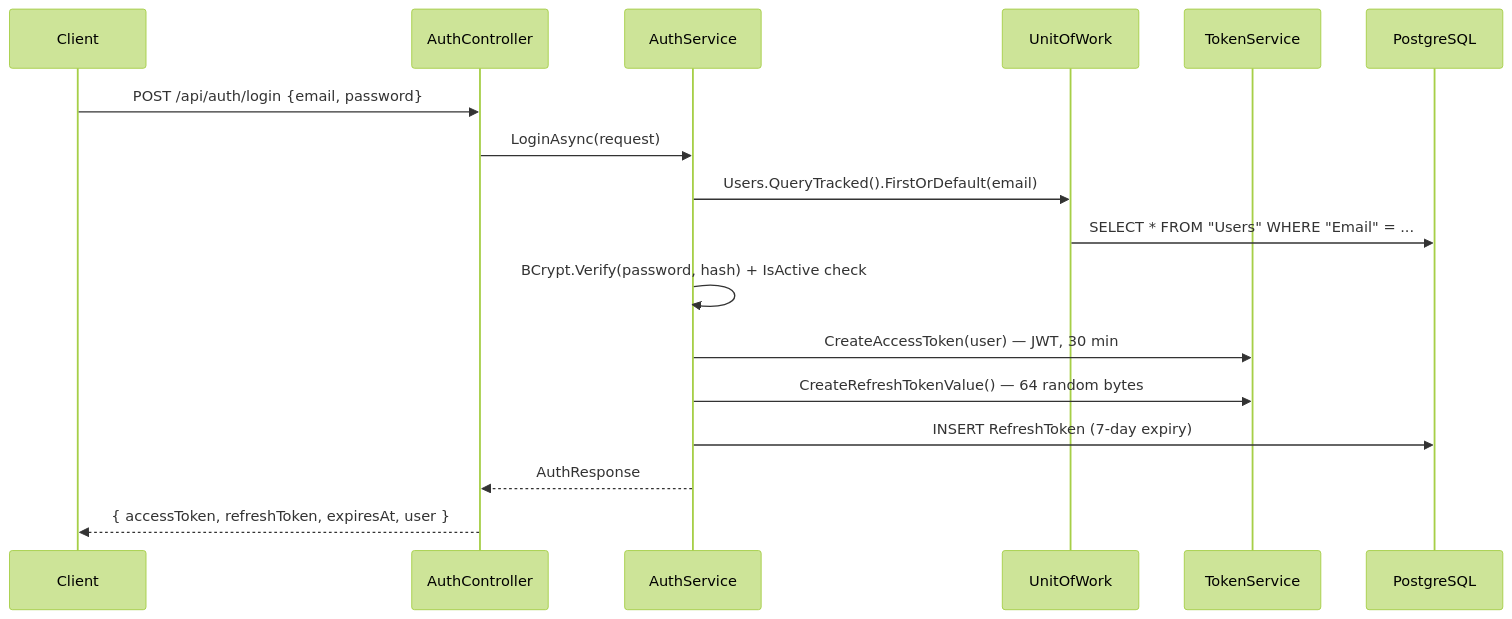
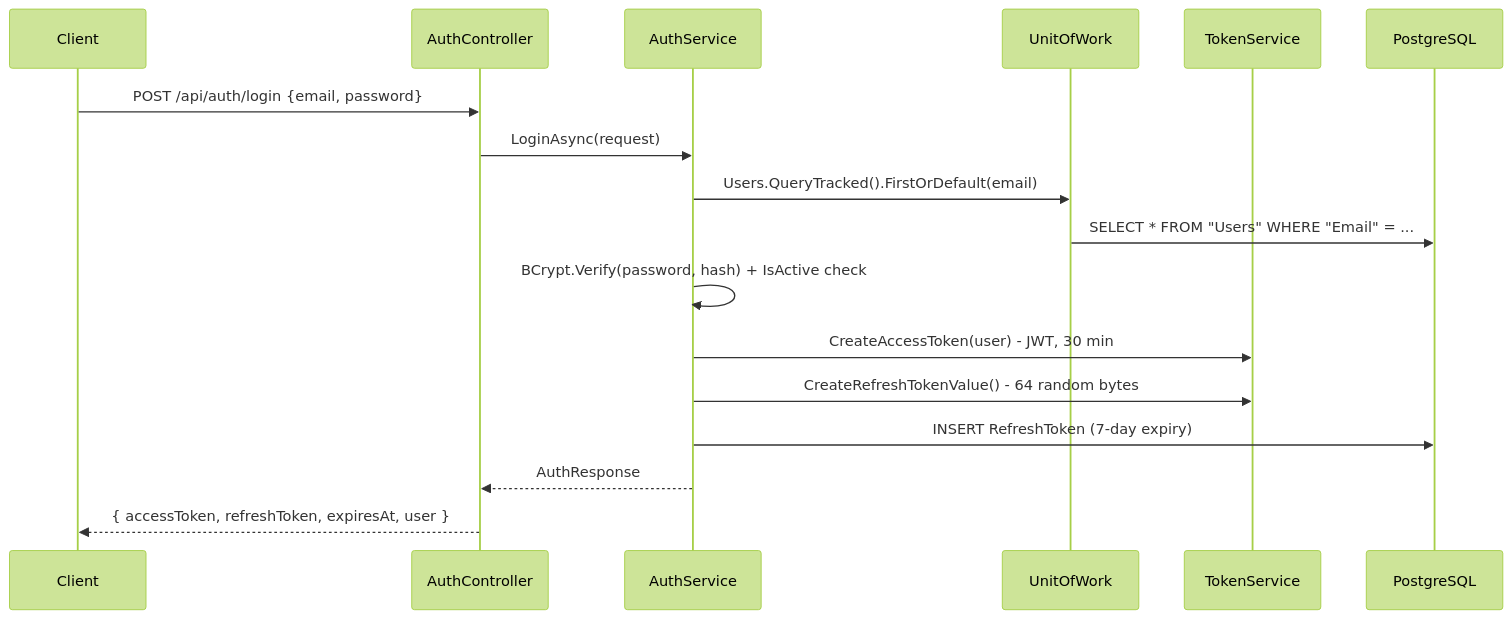
Before and after one commit to affangitty/HAPM: the first of 3 diagrams in docs/Architecture_And_Flow.md, drawn with Mermaid (forest theme). The commit also changed other lines of this file and 69 other files, not shown here.

````diff
--- a/docs/Architecture_And_Flow.md
+++ b/docs/Architecture_And_Flow.md
@@ -276,20 +276,20 @@
 ```mermaid
 sequenceDiagram
     participant Client
     participant AuthController
     participant AuthService
     participant UnitOfWork
     participant TokenService
     participant DB as PostgreSQL
 
     Client->>AuthController: POST /api/auth/login {email, password}
     AuthController->>AuthService: LoginAsync(request)
     AuthService->>UnitOfWork: Users.QueryTracked().FirstOrDefault(email)
     UnitOfWork->>DB: SELECT * FROM "Users" WHERE "Email" = ...
     AuthService->>AuthService: BCrypt.Verify(password, hash) + IsActive check
-    AuthService->>TokenService: CreateAccessToken(user)  — JWT, 30 min
-    AuthService->>TokenService: CreateRefreshTokenValue() — 64 random bytes
+    AuthService->>TokenService: CreateAccessToken(user)  - JWT, 30 min
+    AuthService->>TokenService: CreateRefreshTokenValue() - 64 random bytes
     AuthService->>DB: INSERT RefreshToken (7-day expiry)
     AuthService-->>AuthController: AuthResponse
     AuthController-->>Client: { accessToken, refreshToken, expiresAt, user }
 ```
````
